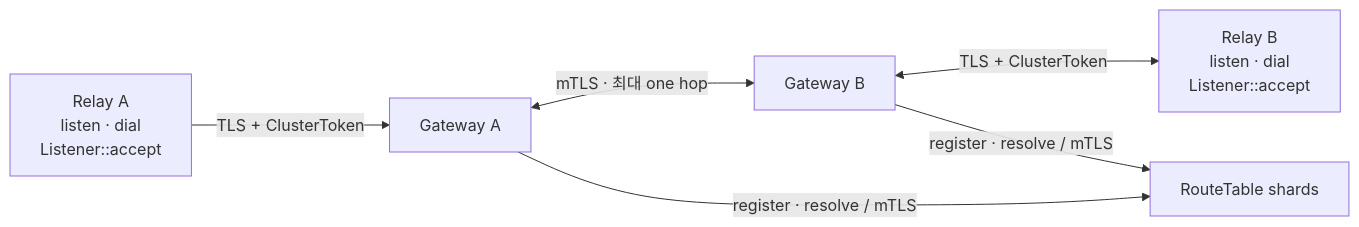
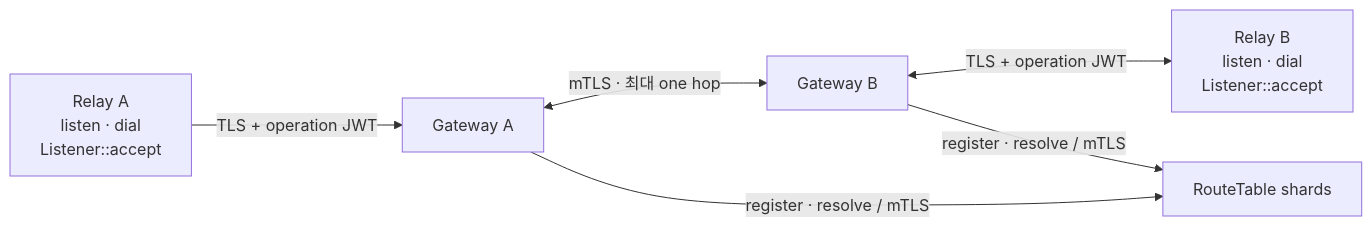
The diagram in docs/README.md (cagojeiger/relaygate), drawn with Mermaid before and after one commit. The commit also changed other lines of this file and 190 other files, not shown here.

````diff
--- a/docs/README.md
+++ b/docs/README.md
@@ -14,8 +14,8 @@
 ```mermaid
 flowchart LR
-    RA[Relay A<br/>listen · dial<br/>Listener::accept] -->|TLS + ClusterToken| GWA[Gateway A]
+    RA[Relay A<br/>listen · dial<br/>Listener::accept] -->|TLS + operation JWT| GWA[Gateway A]
     GWA <-->|mTLS · 최대 one hop| GWB[Gateway B]
-    GWB <-->|TLS + ClusterToken| RB[Relay B<br/>listen · dial<br/>Listener::accept]
+    GWB <-->|TLS + operation JWT| RB[Relay B<br/>listen · dial<br/>Listener::accept]
     GWA -->|register · resolve / mTLS| RT[RouteTable shards]
     GWB -->|register · resolve / mTLS| RT
 ```
````
